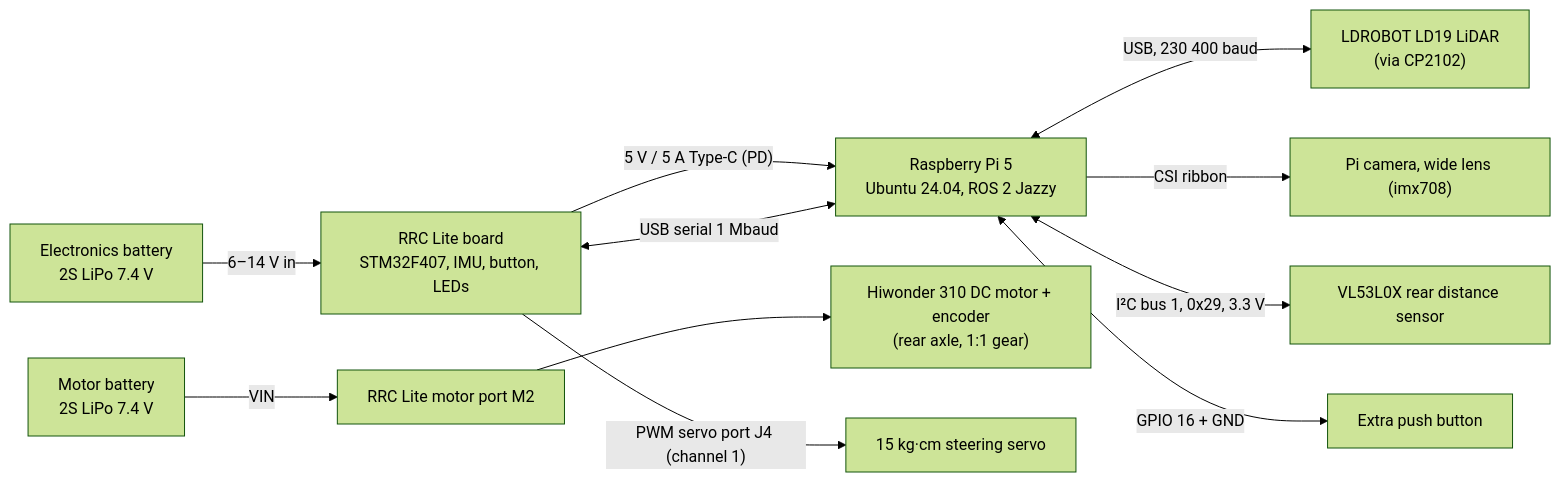
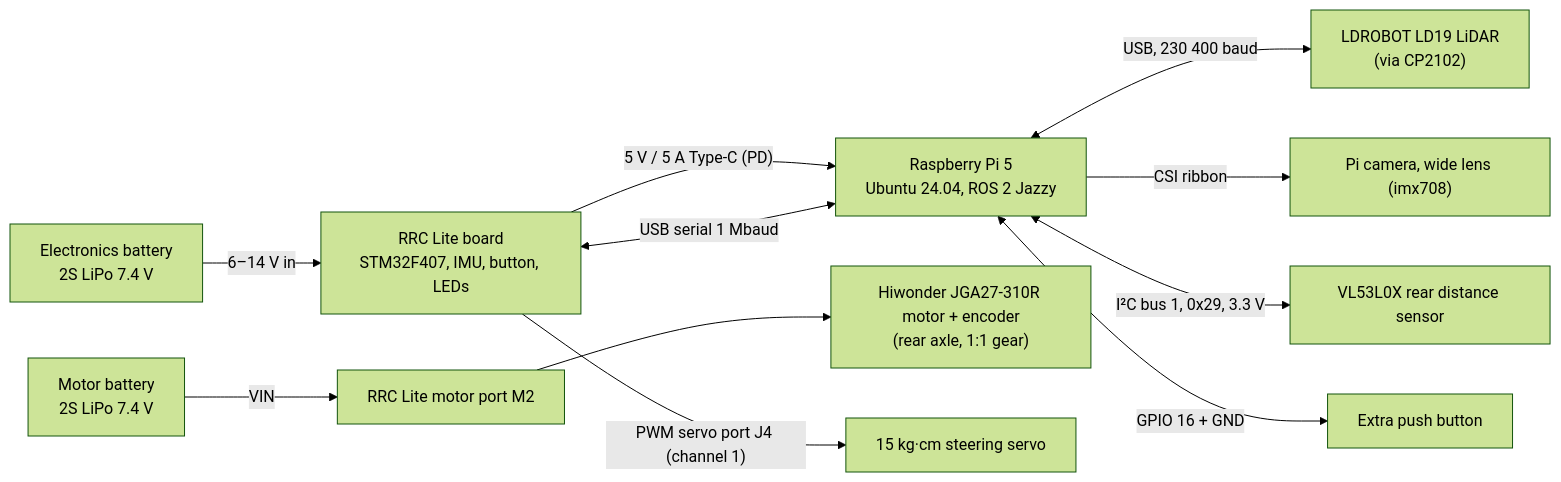
The diagram in docs/02-power-and-sensor-architecture.md (irdneea/Robotek-WRO2026-docs), drawn with Mermaid (forest theme) before and after one commit. The commit also changed other lines of this file and 8 other files, not shown here.

````diff
--- a/docs/02-power-and-sensor-architecture.md
+++ b/docs/02-power-and-sensor-architecture.md
@@ -7,13 +7,13 @@
 ```mermaid
 flowchart LR
   BAT1["Electronics battery<br/>2S LiPo 7.4 V"] -->|"6–14 V in"| RRC["RRC Lite board<br/>STM32F407, IMU, button, LEDs"]
   RRC -->|"5 V / 5 A Type-C (PD)"| PI["Raspberry Pi 5<br/>Ubuntu 24.04, ROS 2 Jazzy"]
   BAT2["Motor battery<br/>2S LiPo 7.4 V"] -->|"VIN"| MOTORPORT["RRC Lite motor port M2"]
-  MOTORPORT --> MOTOR["Hiwonder 310 DC motor + encoder<br/>(rear axle, 1:1 gear)"]
+  MOTORPORT --> MOTOR["Hiwonder JGA27-310R motor + encoder<br/>(rear axle, 1:1 gear)"]
   RRC -->|"PWM servo port J4 (channel 1)"| SERVO["15 kg·cm steering servo"]
   PI <-->|"USB serial 1 Mbaud"| RRC
   PI <-->|"USB, 230 400 baud"| LIDAR["LDROBOT LD19 LiDAR<br/>(via CP2102)"]
   PI -->|"CSI ribbon"| CAM["Pi camera, wide lens (imx708)"]
   PI <-->|"I²C bus 1, 0x29, 3.3 V"| TOF["VL53L0X rear distance sensor"]
   PI <-->|"GPIO 16 + GND"| BTN["Extra push button"]
 ```
````
